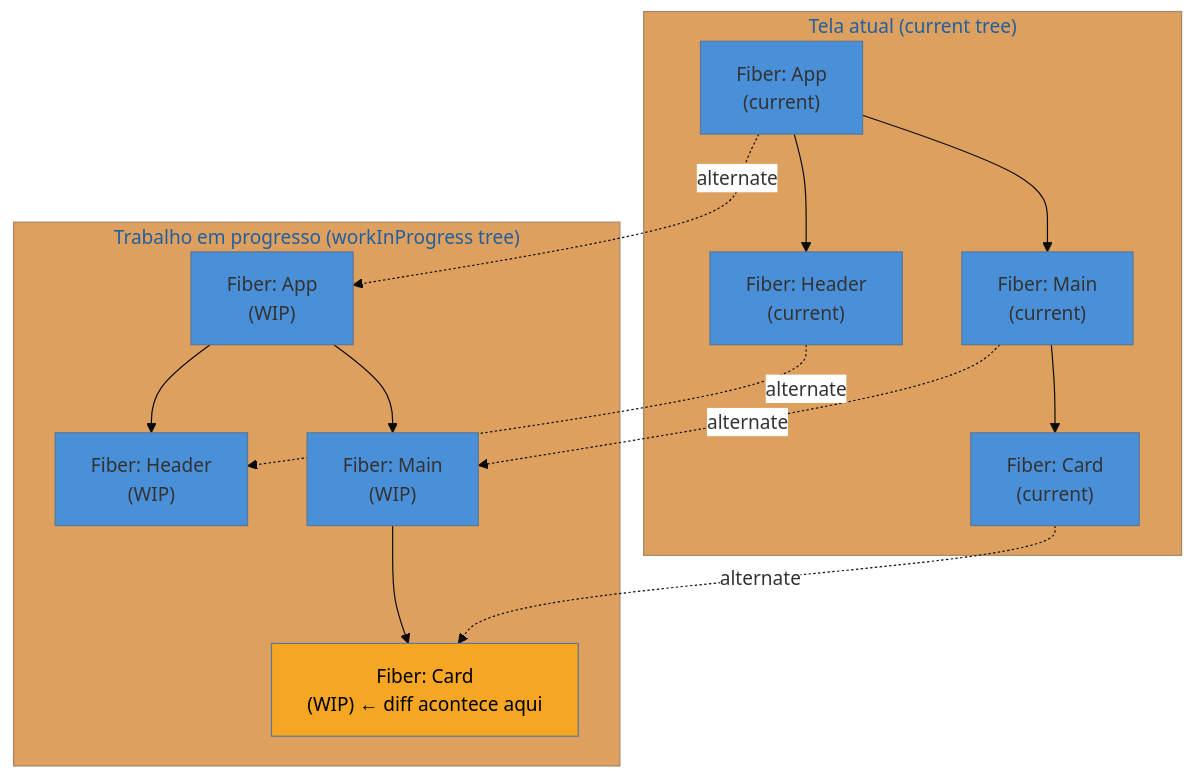
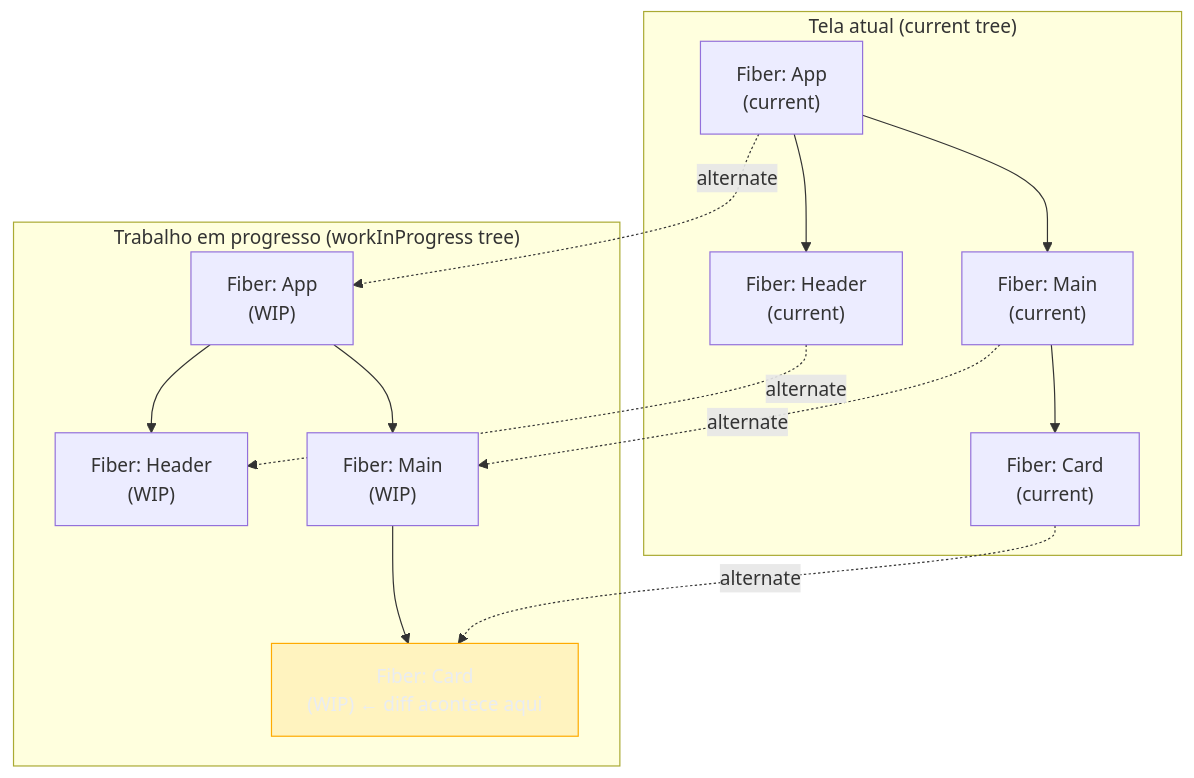
One commit to josenaldo/codex-technomanticus changed the first of 3 diagrams in 03-Dominios/Tecnologia/React/React core/16 - Reconciliation e diffing a fundo.md. Above: the diagram before and after it, drawn with Mermaid. The commit also changed other lines of this file and 1181 other files, not shown here.

First line of the commit message:
fix(diagramas): paleta do sistema no lugar de cor cravada no markdown

````diff
--- a/03-Dominios/Tecnologia/React/React core/16 - Reconciliation e diffing a fundo.md
+++ b/03-Dominios/Tecnologia/React/React core/16 - Reconciliation e diffing a fundo.md
@@ -240,22 +240,22 @@
 ```mermaid
-%%{init: {"theme": "base", "themeVariables": {"primaryColor": "#4A90D9", "edgeLabelBackground": "#ffffff"}}}%%
 graph TB
+    classDef destaque fill:#FFAA0024,stroke:#FFAA00,color:#E9ECF2
     subgraph "Tela atual (current tree)"
         A1["Fiber: App\n(current)"] --> B1["Fiber: Header\n(current)"]
         A1 --> C1["Fiber: Main\n(current)"]
         C1 --> D1["Fiber: Card\n(current)"]
     end
 
     subgraph "Trabalho em progresso (workInProgress tree)"
         A2["Fiber: App\n(WIP)"] --> B2["Fiber: Header\n(WIP)"]
         A2 --> C2["Fiber: Main\n(WIP)"]
         C2 --> D2["Fiber: Card\n(WIP) ← diff acontece aqui"]
     end
 
     A1 -. "alternate" .-> A2
     B1 -. "alternate" .-> B2
     C1 -. "alternate" .-> C2
     D1 -. "alternate" .-> D2
 
-    style D2 fill:#F5A623,color:#000
+    class D2 destaque
 ```
````
